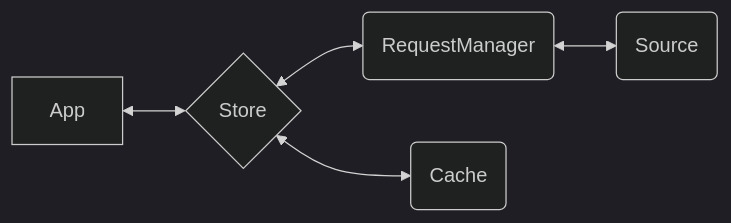
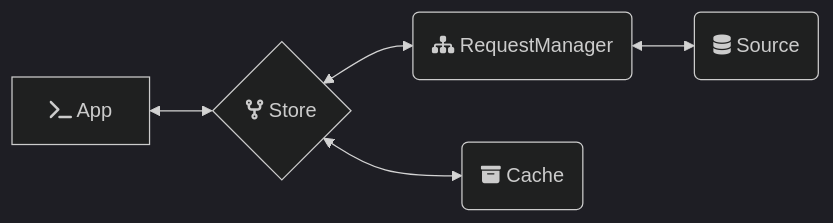
One commit to emberjs/data changed the second of 3 diagrams in packages/request/README.md. Above: the diagram before and after it, drawn with Mermaid (dark theme). The commit also changed other lines of this file, not shown here.

````diff
--- a/packages/request/README.md
+++ b/packages/request/README.md
@@ -62,7 +63,7 @@
 ```mermaid
 flowchart LR
-    A[App] <--> D{Store}
-    B(RequestManager) <--> C(Source)
-    D <--> E(Cache)
+    A[fa:fa-terminal App] <--> D{fa:fa-code-fork Store}
+    B(fa:fa-sitemap RequestManager) <--> C(fa:fa-database Source)
+    D <--> E(fa:fa-archive Cache)
     D <--> B
 ```
````
